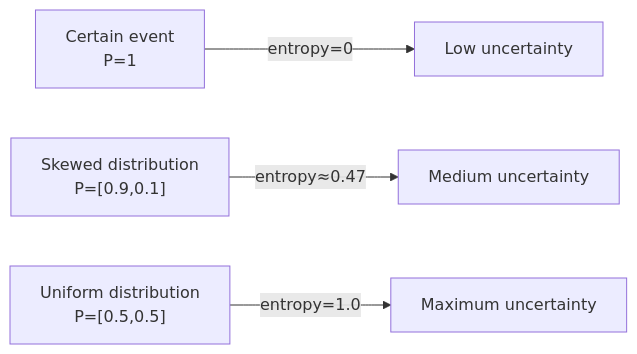
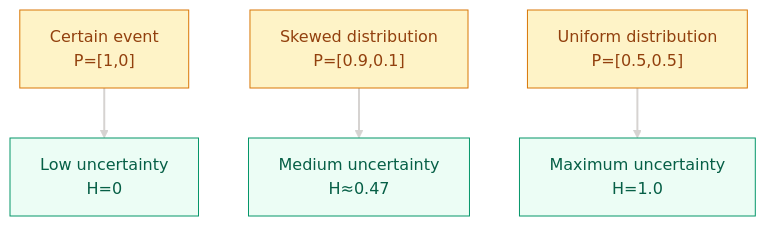
Before and after one commit to zkywsg/Daily-LLM: the diagram in 00-Prerequisites/probability-information-theory/README_EN.md, drawn with Mermaid. The commit also changed other lines of this file and 77 other files, not shown here.

````diff
--- a/00-Prerequisites/probability-information-theory/README_EN.md
+++ b/00-Prerequisites/probability-information-theory/README_EN.md
@@ -86,6 +81,14 @@
 ```mermaid
-graph LR
-    A["Certain event<br/>P=1"] -->|"entropy=0"| B["Low uncertainty"]
-    C["Skewed distribution<br/>P=[0.9,0.1]"] -->|"entropy≈0.47"| D["Medium uncertainty"]
-    E["Uniform distribution<br/>P=[0.5,0.5]"] -->|"entropy=1.0"| F["Maximum uncertainty"]
+graph TD
+    A["Certain event<br/>P=[1,0]"] --> B["Low uncertainty<br/>H=0"]
+    C["Skewed distribution<br/>P=[0.9,0.1]"] --> D["Medium uncertainty<br/>H≈0.47"]
+    E["Uniform distribution<br/>P=[0.5,0.5]"] --> F["Maximum uncertainty<br/>H=1.0"]
+
+    linkStyle default stroke:#d6d3d1,stroke-width:2px;
+
+    classDef input fill:#fef3c7,stroke:#d97706,color:#92400e;
+    classDef compute fill:#fce7f3,stroke:#db2777,color:#9d174d;
+    classDef output fill:#ecfdf5,stroke:#059669,color:#065f46;
+    class A,C,E input;
+    class B,D,F output;
 ```
````
